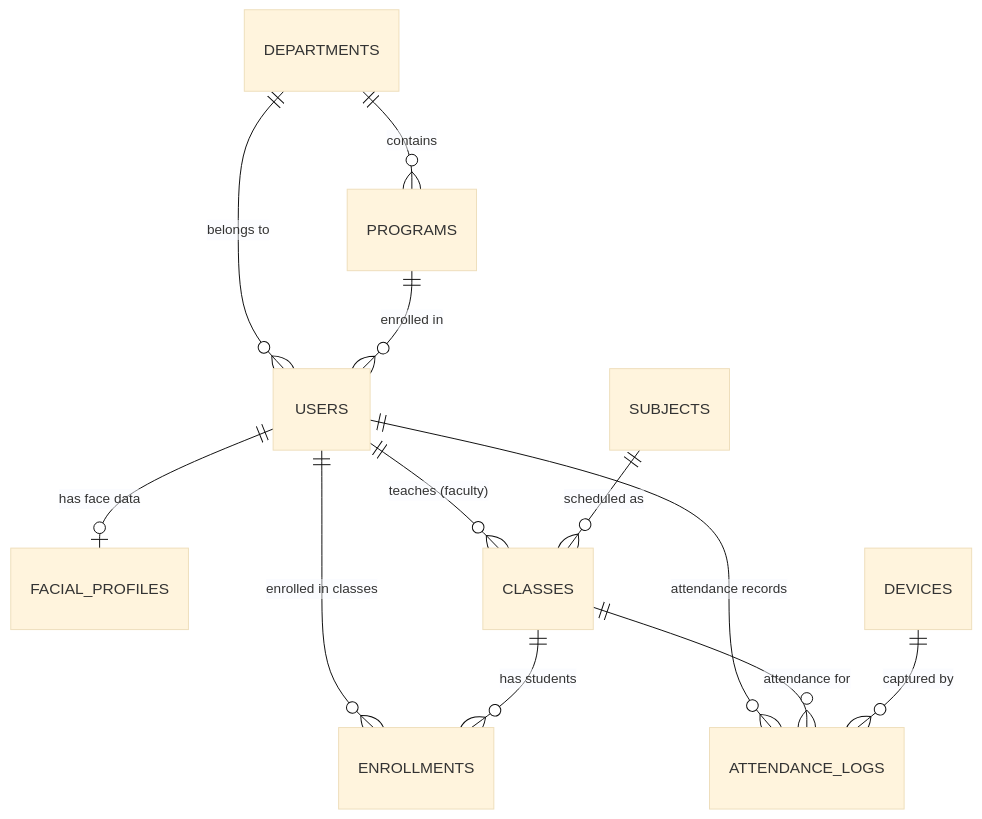
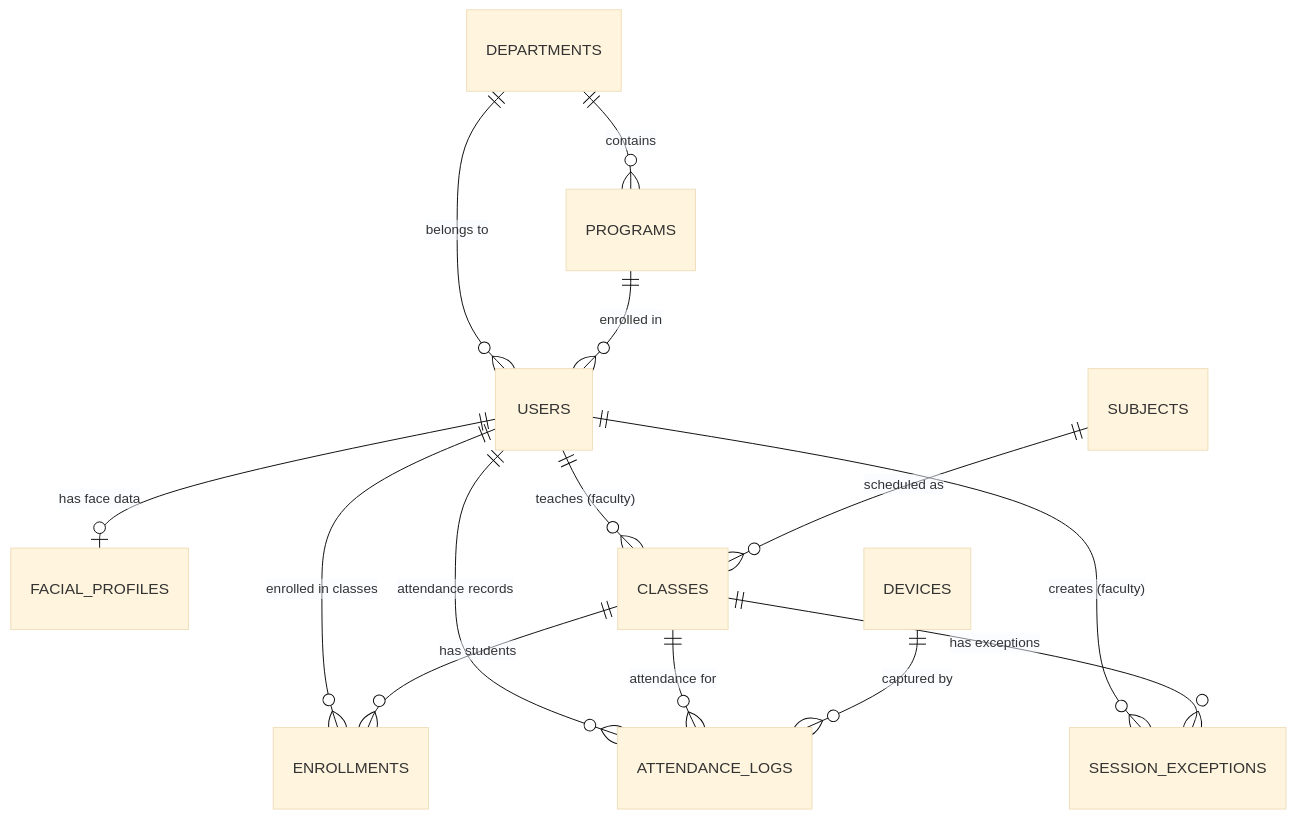
One commit to EannMon/FRAMESCAPSTONE changed the first of 7 diagrams in documentation/database/database_analysis.md. Above: the diagram before and after it, drawn with Mermaid (base theme). The commit also changed other lines of this file, not shown here.

Commit message:
docs: Update database_analysis.md with session_exceptions relationships

````diff
--- a/documentation/database/database_analysis.md
+++ b/documentation/database/database_analysis.md
@@ -23,17 +23,19 @@
 ```mermaid
 erDiagram
     DEPARTMENTS ||--o{ PROGRAMS : "contains"
     DEPARTMENTS ||--o{ USERS : "belongs to"
     PROGRAMS ||--o{ USERS : "enrolled in"
     
     USERS ||--o| FACIAL_PROFILES : "has face data"
     USERS ||--o{ ENROLLMENTS : "enrolled in classes"
     USERS ||--o{ CLASSES : "teaches (faculty)"
     USERS ||--o{ ATTENDANCE_LOGS : "attendance records"
+    USERS ||--o{ SESSION_EXCEPTIONS : "creates (faculty)"
     
     SUBJECTS ||--o{ CLASSES : "scheduled as"
     CLASSES ||--o{ ENROLLMENTS : "has students"
     CLASSES ||--o{ ATTENDANCE_LOGS : "attendance for"
+    CLASSES ||--o{ SESSION_EXCEPTIONS : "has exceptions"
     
     DEVICES ||--o{ ATTENDANCE_LOGS : "captured by"
 ```
````
